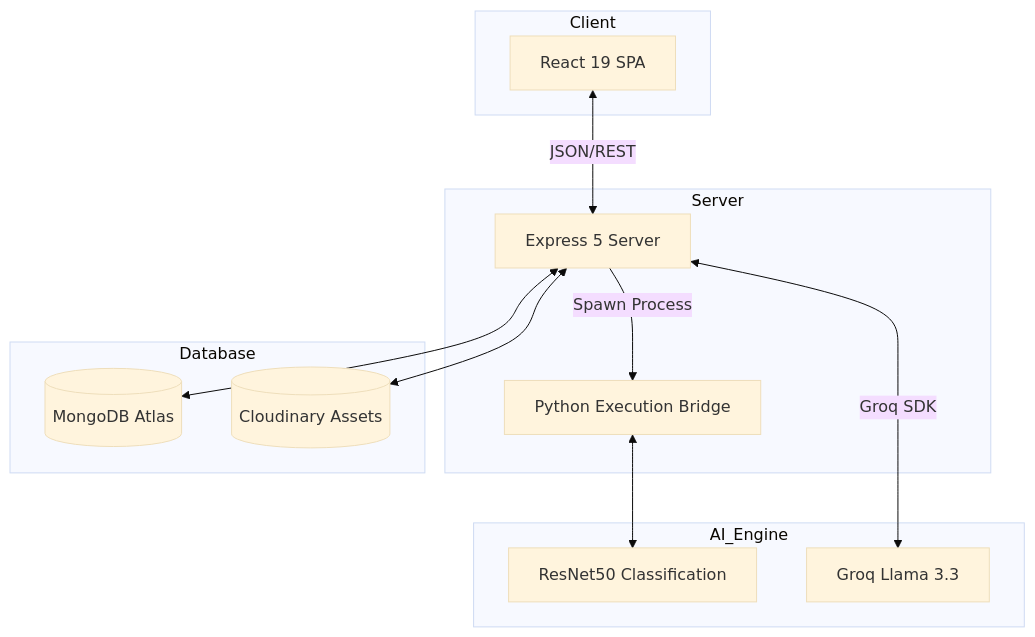
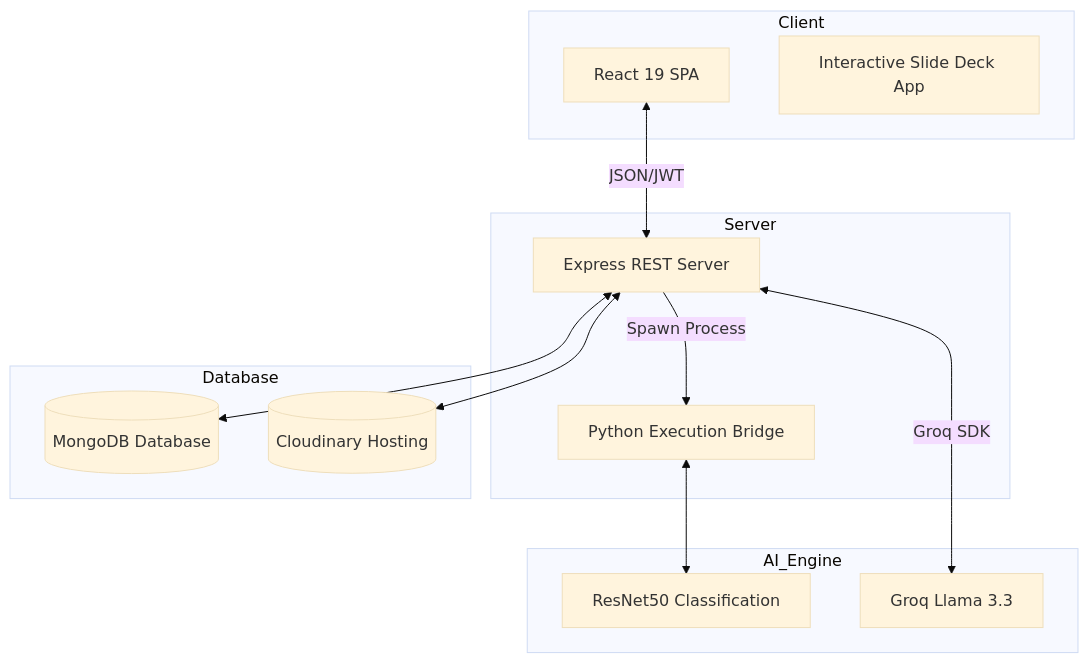
One commit to bhagalpurmithun29-sys/Project_DR changed the diagram in README.md. Above: the diagram before and after it, drawn with Mermaid (base theme). The commit also changed other lines of this file and 11 other files, not shown here.

````diff
--- a/README.md
+++ b/README.md
@@ -47,28 +59,29 @@
 ```mermaid
 graph TD
     subgraph Client
         UI[React 19 SPA]
+        Slide[Interactive Slide Deck App]
     end
 
     subgraph Server
-        API[Express 5 Server]
+        API[Express REST Server]
         Bridge[Python Execution Bridge]
     end
 
     subgraph Database
-        DB[(MongoDB Atlas)]
-        CDN[(Cloudinary Assets)]
+        DB[(MongoDB Database)]
+        CDN[(Cloudinary Hosting)]
     end
 
     subgraph AI_Engine
         Vision[ResNet50 Classification]
         LLM[Groq Llama 3.3]
     end
 
-    UI <-->|JSON/REST| API
+    UI <-->|JSON/JWT| API
     API <--> DB
     API <--> CDN
     API -->|Spawn Process| Bridge
     Bridge <--> Vision
     API <-->|Groq SDK| LLM
 ```
````
